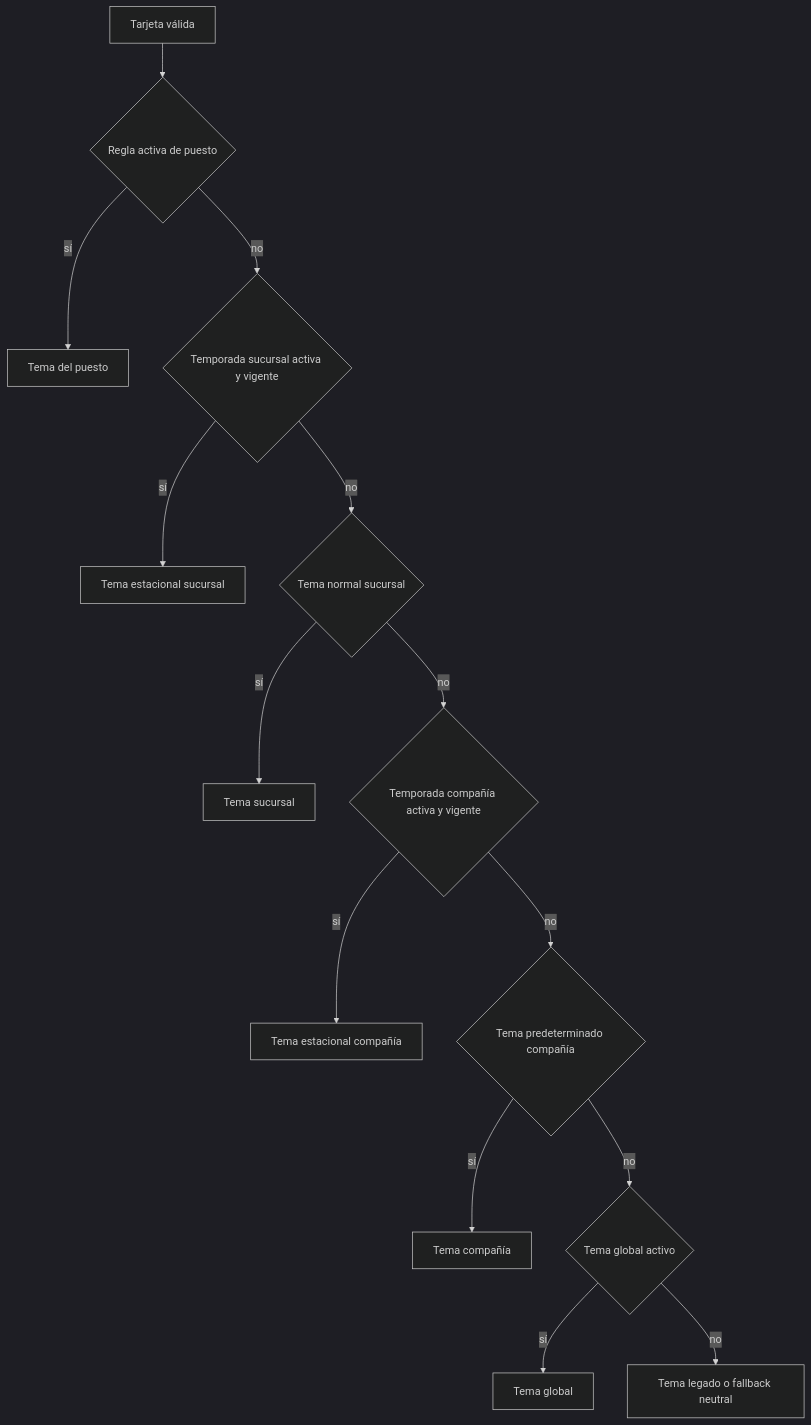
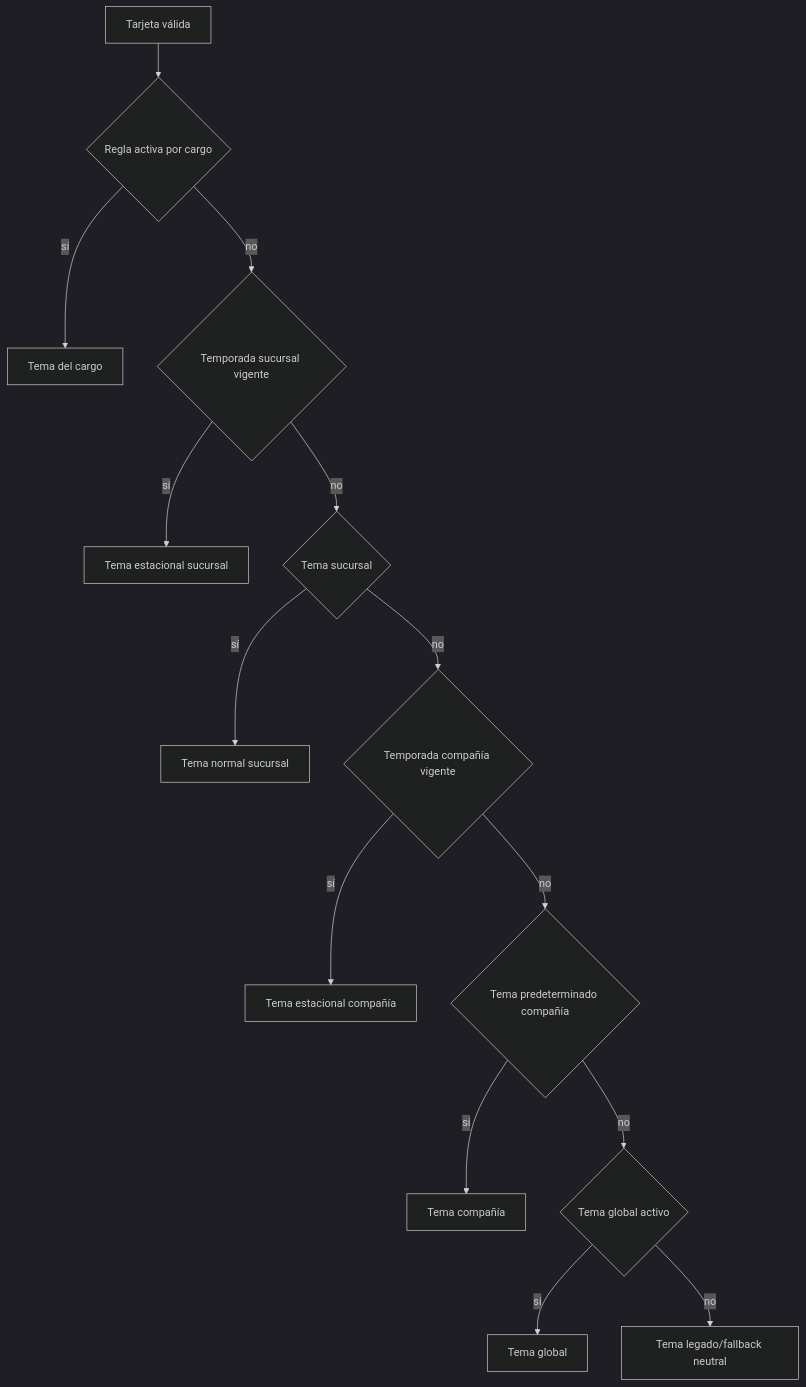
One commit to LORDMANUEL/vcards-qr-suite-V2 changed the third of 12 diagrams in docs/v2/APP_FLOW.md. Above: the diagram before and after it, drawn with Mermaid (dark theme). The commit also changed other lines of this file and 3 other files, not shown here.

Commit message:
Expand product UX and full system flows

````diff
--- a/docs/v2/APP_FLOW.md
+++ b/docs/v2/APP_FLOW.md
@@ -43,16 +75,16 @@
 ```mermaid
 flowchart TD
-    START[Tarjeta válida] --> ROLE{Regla activa de puesto}
-    ROLE -->|sí| RT[Tema del puesto]
-    ROLE -->|no| BS{Temporada sucursal activa y vigente}
-    BS -->|sí| BST[Tema estacional sucursal]
-    BS -->|no| BT{Tema normal sucursal}
-    BT -->|sí| BTT[Tema sucursal]
-    BT -->|no| CS{Temporada compañía activa y vigente}
-    CS -->|sí| CST[Tema estacional compañía]
-    CS -->|no| CD{Tema predeterminado compañía}
-    CD -->|sí| CDT[Tema compañía]
-    CD -->|no| GLOBAL{Tema global activo}
-    GLOBAL -->|sí| GT[Tema global]
-    GLOBAL -->|no| LEGACY[Tema legado o fallback neutral]
+  A[Tarjeta válida] --> R{Regla activa por cargo}
+  R -->|sí| RT[Tema del cargo]
+  R -->|no| BS{Temporada sucursal vigente}
+  BS -->|sí| BST[Tema estacional sucursal]
+  BS -->|no| BT{Tema sucursal}
+  BT -->|sí| BTT[Tema normal sucursal]
+  BT -->|no| CS{Temporada compañía vigente}
+  CS -->|sí| CST[Tema estacional compañía]
+  CS -->|no| CD{Tema predeterminado compañía}
+  CD -->|sí| CDT[Tema compañía]
+  CD -->|no| G{Tema global activo}
+  G -->|sí| GT[Tema global]
+  G -->|no| F[Tema legado/fallback neutral]
 ```
````
